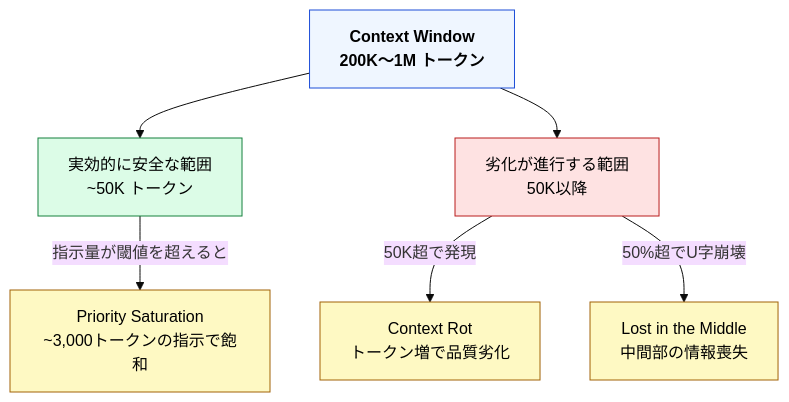
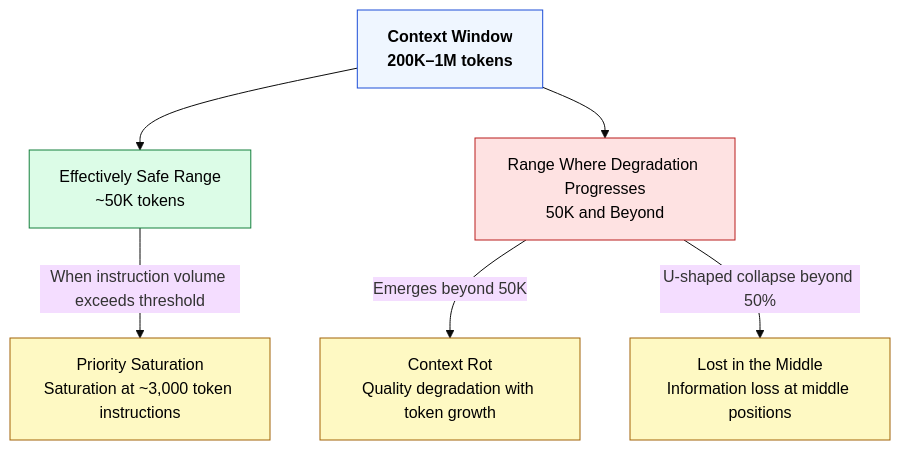
The fourth of 5 diagrams in docs/02-context-window/token-context-basics.md (shuji-bonji/understanding-llm-through-claude-code), drawn with Mermaid (base theme) before and after one commit. The commit also changed other lines of this file and 100 other files, not shown here.

````diff
--- a/docs/02-context-window/token-context-basics.md
+++ b/docs/02-context-window/token-context-basics.md
@@ -179,27 +181,27 @@
 ```mermaid
 graph TD
-    CW["Context Window<br/>200K〜1M トークン"]
+    CW["Context Window<br/>200K–1M tokens"]
 
-    SAFE["実効的に安全な範囲<br/>~50K トークン"]
-    DANGER["劣化が進行する範囲<br/>50K以降"]
+    SAFE["Effectively Safe Range<br/>~50K tokens"]
+    DANGER["Range Where Degradation Progresses<br/>50K and Beyond"]
 
     CW --> SAFE
     CW --> DANGER
 
-    CR["Context Rot<br/>トークン増で品質劣化"]
-    LM["Lost in the Middle<br/>中間部の情報喪失"]
-    PS["Priority Saturation<br/>~3,000トークンの指示で飽和"]
+    CR["Context Rot<br/>Quality degradation with token growth"]
+    LM["Lost in the Middle<br/>Information loss at middle positions"]
+    PS["Priority Saturation<br/>Saturation at ~3,000 token instructions"]
 
-    DANGER -->|"50K超で発現"| CR
-    DANGER -->|"50%超でU字崩壊"| LM
-    SAFE -->|"指示量が閾値を超えると"| PS
+    DANGER -->|"Emerges beyond 50K"| CR
+    DANGER -->|"U-shaped collapse beyond 50%"| LM
+    SAFE -->|"When instruction volume exceeds threshold"| PS
 
     classDef window fill:#eff6ff,stroke:#1d4ed8,color:#000,font-weight:bold
     classDef safe fill:#dcfce7,stroke:#15803d,color:#000
     classDef danger fill:#fee2e2,stroke:#b91c1c,color:#000
     classDef problem fill:#fef9c3,stroke:#a16207,color:#000
     class CW window
     class SAFE safe
     class DANGER danger
     class CR,LM,PS problem
 ```
````
